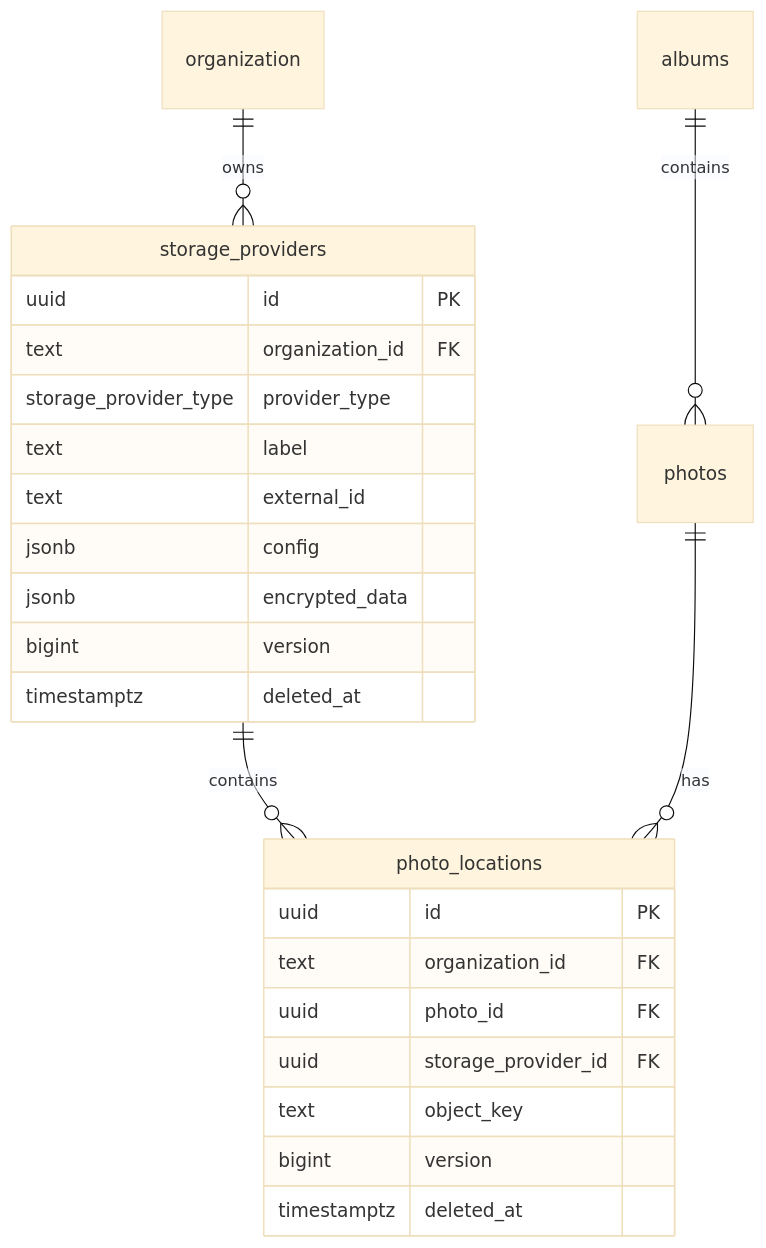
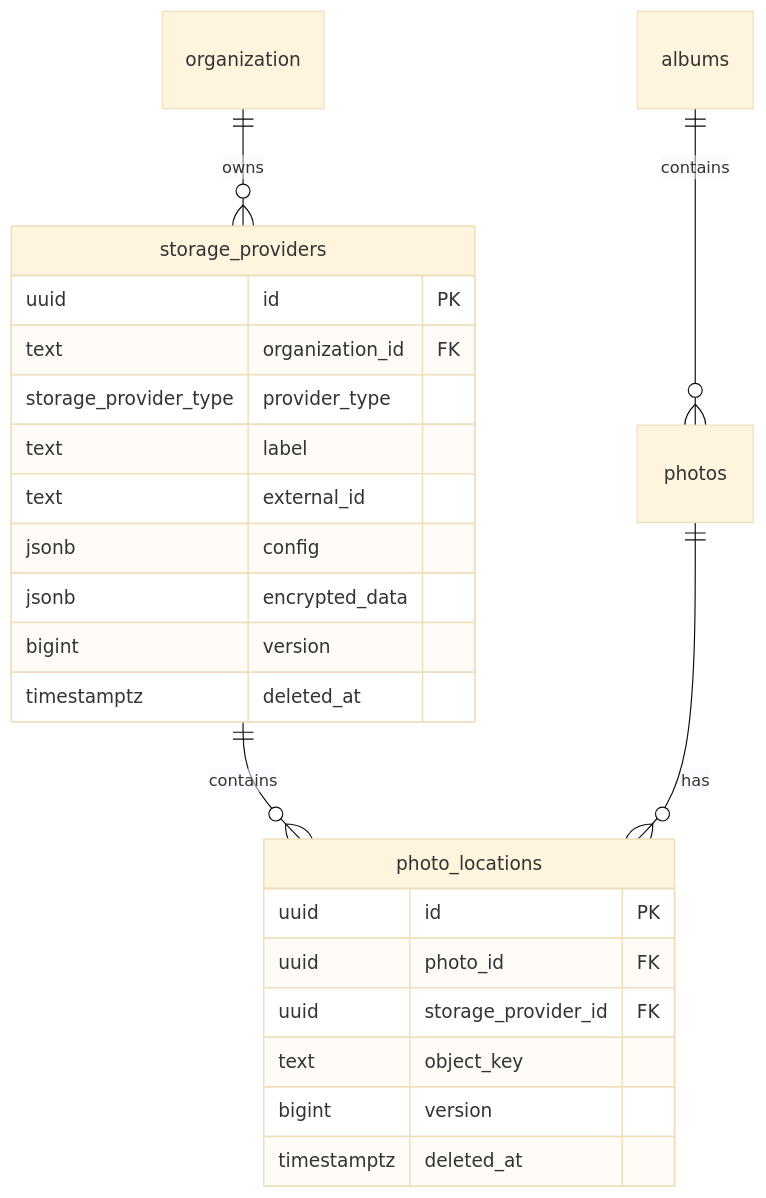
One commit to pchilton/lofipix changed the diagram in docs/PHOTO_LOCATIONS.md. Above: the diagram before and after it, drawn with Mermaid (base theme). The commit also changed other lines of this file and 62 other files, not shown here.

````diff
--- a/docs/PHOTO_LOCATIONS.md
+++ b/docs/PHOTO_LOCATIONS.md
@@ -22,29 +22,28 @@
 ```mermaid
 erDiagram
     organization ||--o{ storage_providers : owns
     storage_providers ||--o{ photo_locations : contains
     albums ||--o{ photos : contains
     photos ||--o{ photo_locations : has
 
     storage_providers {
         uuid id PK
         text organization_id FK
         storage_provider_type provider_type
         text label
         text external_id
         jsonb config
         jsonb encrypted_data
         bigint version
         timestamptz deleted_at
     }
 
     photo_locations {
         uuid id PK
-        text organization_id FK
         uuid photo_id FK
         uuid storage_provider_id FK
         text object_key
         bigint version
         timestamptz deleted_at
     }
 ```
````
